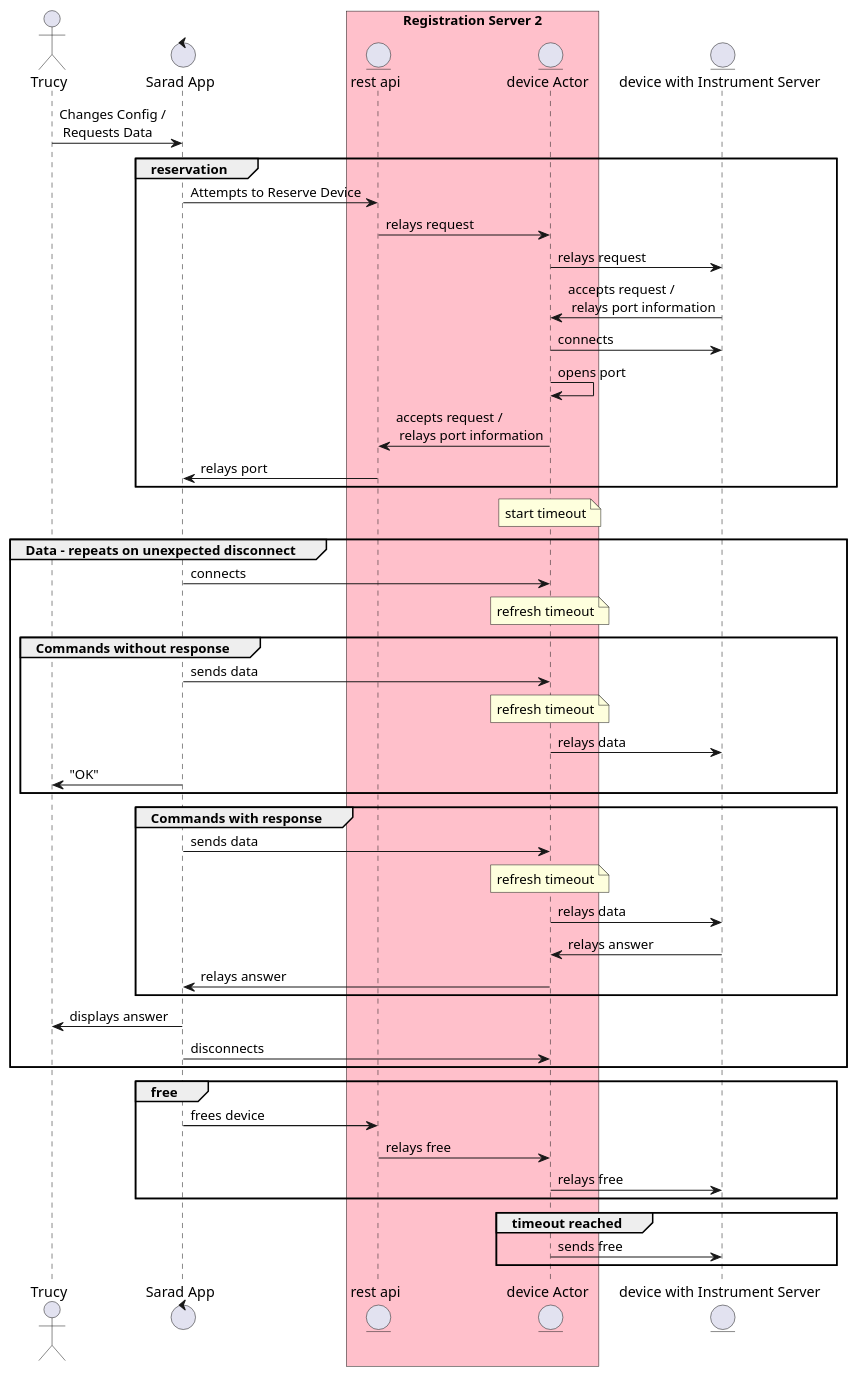
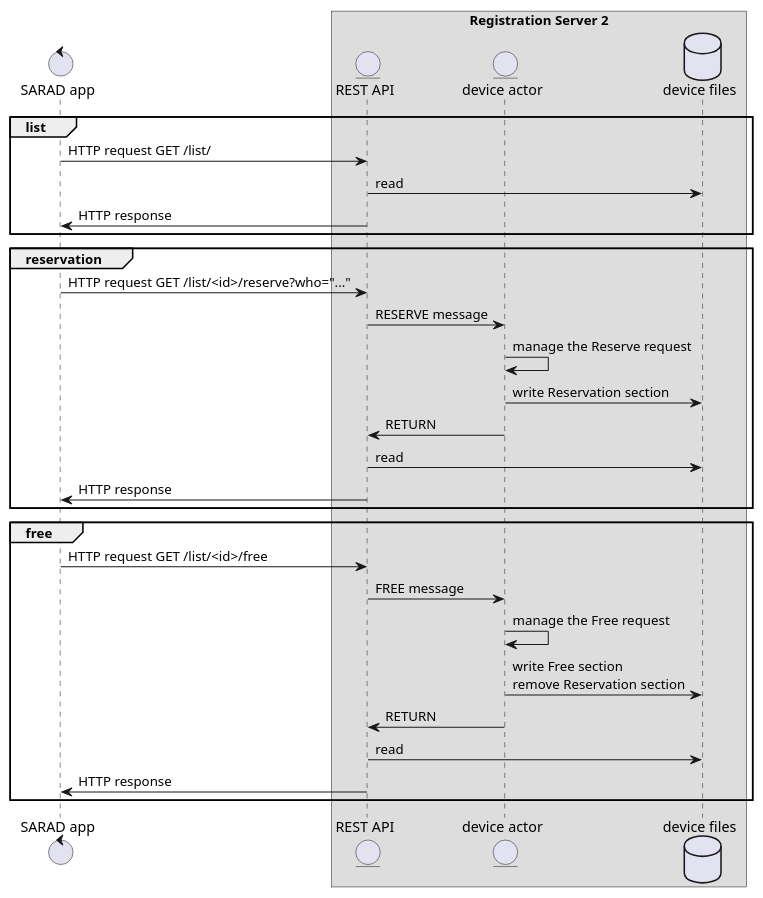
Before and after one commit to SARAD-GmbH/RegServer: the diagram in doc/source/uml-restapi.puml, drawn with PlantUML. The commit also changed 73 other files, not shown here.

First line of the commit message:
Docs: detail UML diagrams for modules

```diff
--- a/doc/source/uml-restapi.puml
+++ b/doc/source/uml-restapi.puml
@@ -1,49 +1,32 @@
 @startuml
-actor "Trucy" as user
-control "Sarad App" as app
-box "Registration Server 2" #pink
-    entity "rest api" as api
-    entity "device Actor" as deviceactor
+control "SARAD app" as app
+box "Registration Server 2"
+        entity "REST API" as api
+        entity "device actor" as deviceactor
+        database "device files" as files
 end box
-entity "device with Instrument Server" as device
-user->app:Changes Config /\n Requests Data
 
+group list
+        app -> api: HTTP request GET /list/
+        api -> files: read
+        api -> app: HTTP response
+end
 group reservation
-    app->api:Attempts to Reserve Device
-    api->deviceactor:relays request
-    deviceactor->device:relays request
-    device->deviceactor:accepts request /\n relays port information
-    deviceactor->device:connects
-    deviceactor->deviceactor:opens port
-    deviceactor->api:accepts request /\n relays port information
-    api->app:relays port
-end
-note over deviceactor: start timeout
-group Data - repeats on unexpected disconnect
-    app->deviceactor:connects
-    note over deviceactor: refresh timeout
-    group Commands without response
-        app->deviceactor:sends data
-        note over deviceactor: refresh timeout
-        deviceactor->device:relays data
-        app->user:"OK"
-    end
-    group Commands with response
-        app->deviceactor:sends data
-        note over deviceactor: refresh timeout
-        deviceactor->device:relays data
-        device->deviceactor:relays answer
-        deviceactor->app:relays answer
-    end
-    app->user:displays answer
-    app->deviceactor:disconnects
+        app -> api: HTTP request GET /list/<id>/reserve?who="..."
+        api -> deviceactor: RESERVE message
+        deviceactor -> deviceactor: manage the Reserve request
+        deviceactor -> files: write Reservation section
+        deviceactor -> api: RETURN
+        api -> files: read
+        api -> app: HTTP response
 end
 group free
-    app->api:frees device
-    api->deviceactor:relays free
-    deviceactor->device:relays free
-end
-group timeout reached
-    deviceactor->device:sends free
+        app -> api: HTTP request GET /list/<id>/free
+        api -> deviceactor: FREE message
+        deviceactor -> deviceactor: manage the Free request
+        deviceactor -> files: write Free section\nremove Reservation section
+        deviceactor -> api: RETURN
+        api -> files: read
+        api -> app: HTTP response
 end
 @enduml
```
